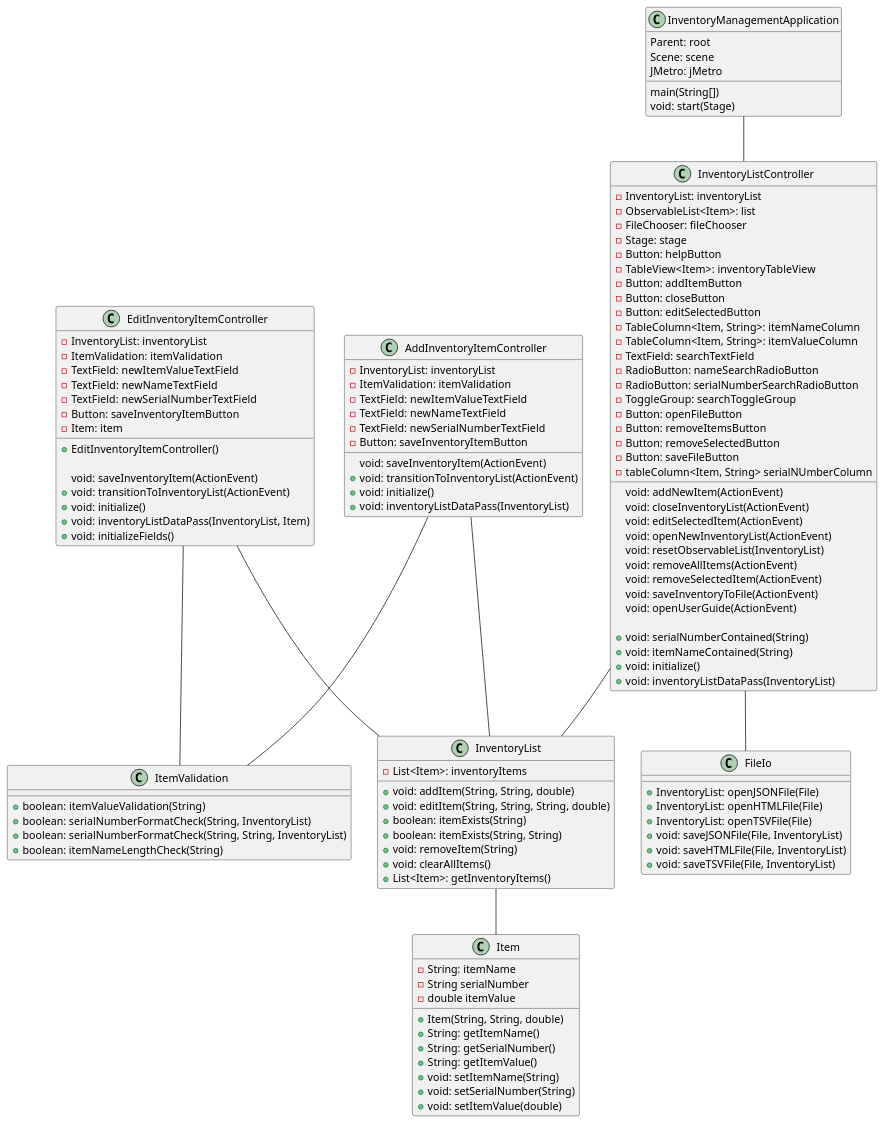
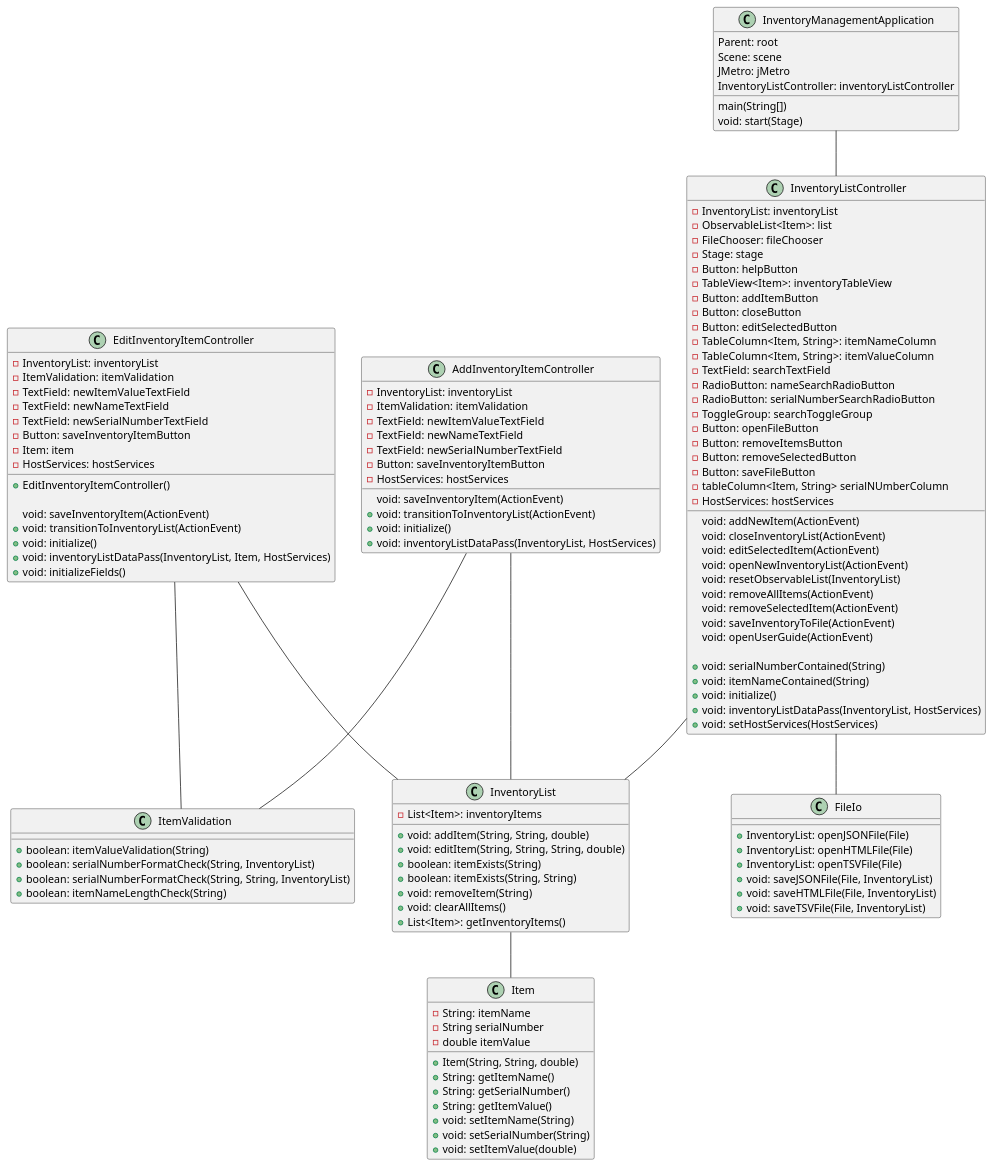
One commit to CapOregon9/bagherzadeh-app2 changed the diagram in docs/classes.puml. Above: the diagram before and after it, drawn with PlantUML.

Commit message:
fixed UML diagram to match changes when adding implementation for user guide access

```diff
--- a/docs/classes.puml
+++ b/docs/classes.puml
@@ -1,130 +1,135 @@
 @startuml
 AddInventoryItemController -- InventoryList
 AddInventoryItemController -- ItemValidation
 EditInventoryItemController -- InventoryList
 EditInventoryItemController -- ItemValidation
 InventoryListController -- InventoryList
 InventoryListController -- FileIo
 InventoryManagementApplication -- InventoryListController
 InventoryList -- Item
 
 class AddInventoryItemController {
     -InventoryList: inventoryList
     -ItemValidation: itemValidation
     -TextField: newItemValueTextField
     -TextField: newNameTextField
     -TextField: newSerialNumberTextField
     -Button: saveInventoryItemButton
+    -HostServices: hostServices
 
     void: saveInventoryItem(ActionEvent)
     +void: transitionToInventoryList(ActionEvent)
     +void: initialize()
-    +void: inventoryListDataPass(InventoryList)
+    +void: inventoryListDataPass(InventoryList, HostServices)
 }
 
 class EditInventoryItemController {
     -InventoryList: inventoryList
     -ItemValidation: itemValidation
     -TextField: newItemValueTextField
     -TextField: newNameTextField
     -TextField: newSerialNumberTextField
     -Button: saveInventoryItemButton
     -Item: item
+    -HostServices: hostServices
 
     +EditInventoryItemController()
 
     void: saveInventoryItem(ActionEvent)
     +void: transitionToInventoryList(ActionEvent)
     +void: initialize()
-    +void: inventoryListDataPass(InventoryList, Item)
+    +void: inventoryListDataPass(InventoryList, Item, HostServices)
     +void: initializeFields()
 }
 
 class FileIo {
     +InventoryList: openJSONFile(File)
     +InventoryList: openHTMLFile(File)
     +InventoryList: openTSVFile(File)
     +void: saveJSONFile(File, InventoryList)
     +void: saveHTMLFile(File, InventoryList)
     +void: saveTSVFile(File, InventoryList)
 }
 
 class InventoryList {
     -List<Item>: inventoryItems
 
     +void: addItem(String, String, double)
     +void: editItem(String, String, String, double)
     +boolean: itemExists(String)
     +boolean: itemExists(String, String)
     +void: removeItem(String)
     +void: clearAllItems()
     +List<Item>: getInventoryItems()
 }
 
 class InventoryListController {
     -InventoryList: inventoryList
     -ObservableList<Item>: list
     -FileChooser: fileChooser
     -Stage: stage
     -Button: helpButton
     -TableView<Item>: inventoryTableView
     -Button: addItemButton
     -Button: closeButton
     -Button: editSelectedButton
     -TableColumn<Item, String>: itemNameColumn
     -TableColumn<Item, String>: itemValueColumn
     -TextField: searchTextField
     -RadioButton: nameSearchRadioButton
     -RadioButton: serialNumberSearchRadioButton
     -ToggleGroup: searchToggleGroup
     -Button: openFileButton
     -Button: removeItemsButton
     -Button: removeSelectedButton
     -Button: saveFileButton
     -tableColumn<Item, String> serialNUmberColumn
+    -HostServices: hostServices
 
     void: addNewItem(ActionEvent)
     void: closeInventoryList(ActionEvent)
     void: editSelectedItem(ActionEvent)
     void: openNewInventoryList(ActionEvent)
     void: resetObservableList(InventoryList)
     void: removeAllItems(ActionEvent)
     void: removeSelectedItem(ActionEvent)
     void: saveInventoryToFile(ActionEvent)
     void: openUserGuide(ActionEvent)
 
     +void: serialNumberContained(String)
     +void: itemNameContained(String)
     +void: initialize()
-    +void: inventoryListDataPass(InventoryList)
+    +void: inventoryListDataPass(InventoryList, HostServices)
+    +void: setHostServices(HostServices)
 }
 
 class InventoryManagementApplication {
     main(String[])
     void: start(Stage)
     Parent: root
     Scene: scene
     JMetro: jMetro
+    InventoryListController: inventoryListController
 }
 
 class Item {
     -String: itemName
     -String serialNumber
     -double itemValue
 
     +Item(String, String, double)
     +String: getItemName()
     +String: getSerialNumber()
     +String: getItemValue()
     +void: setItemName(String)
     +void: setSerialNumber(String)
     +void: setItemValue(double)
 }
 
 class ItemValidation {
     +boolean: itemValueValidation(String)
     +boolean: serialNumberFormatCheck(String, InventoryList)
     +boolean: serialNumberFormatCheck(String, String, InventoryList)
     +boolean: itemNameLengthCheck(String)
 }
 @enduml
```
